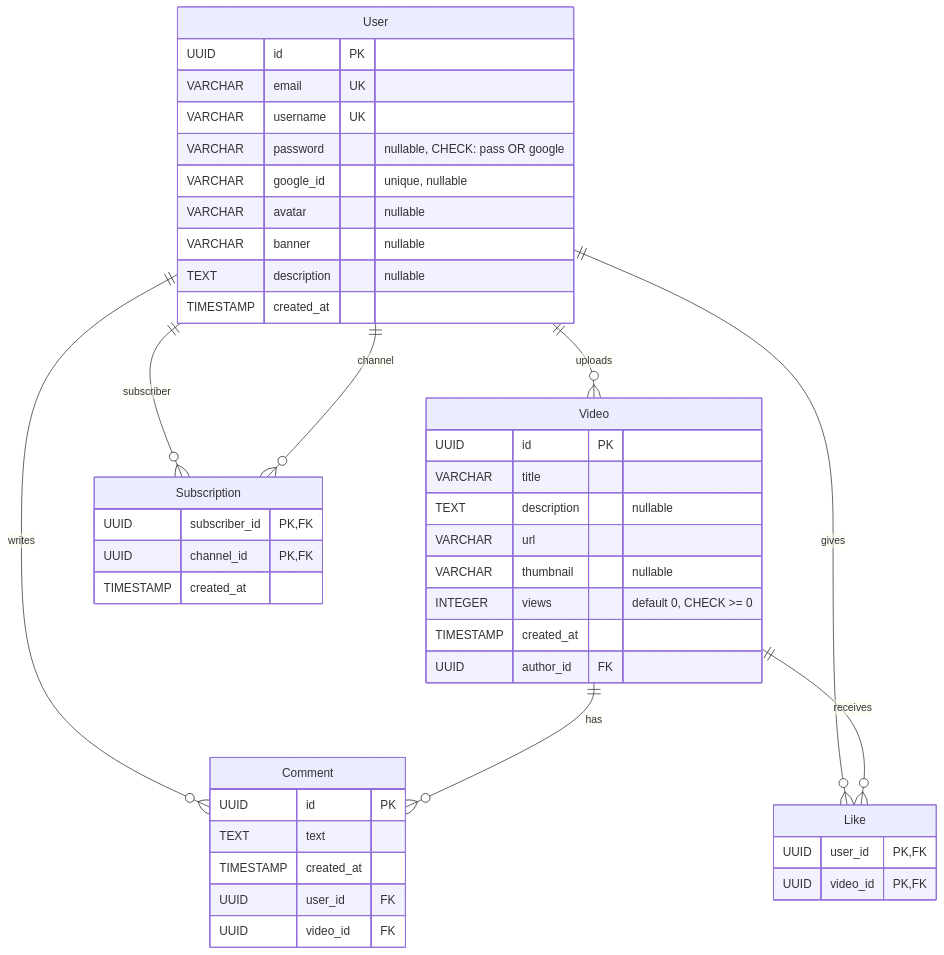
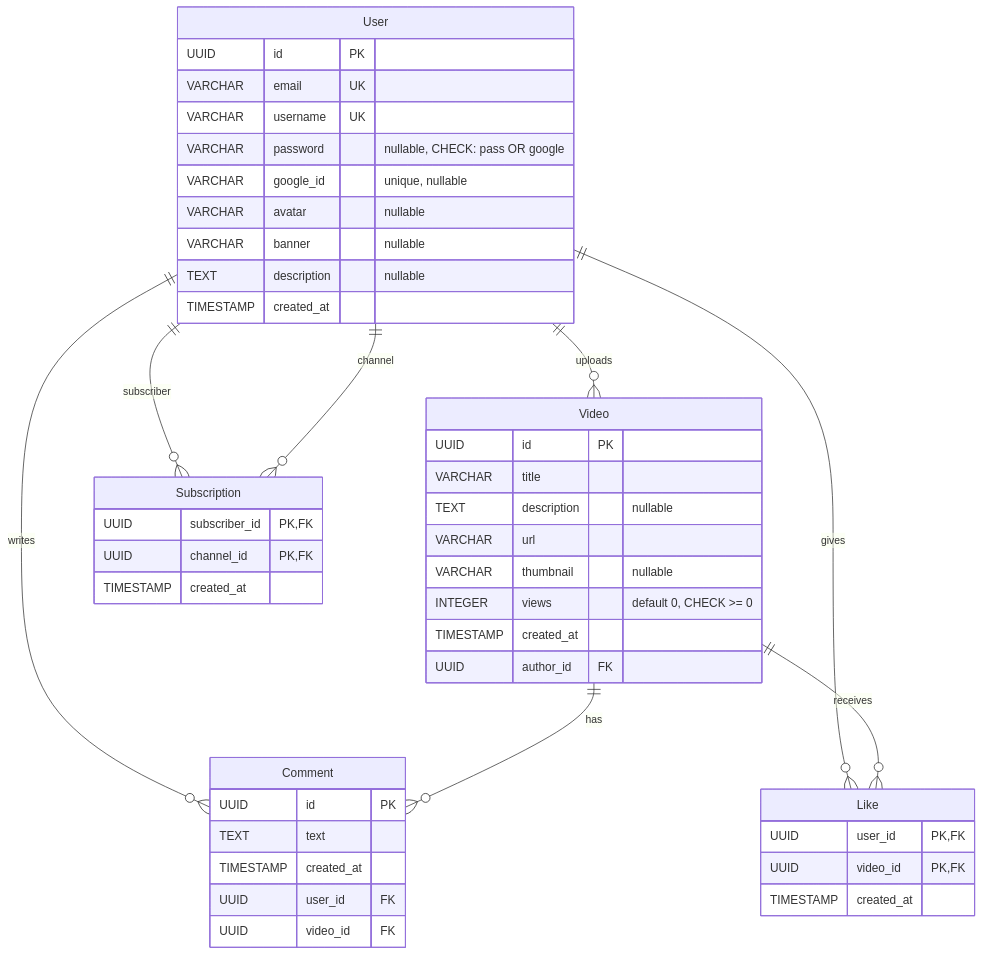
One commit to ezpectus/db-labs changed the diagram in MyWork/Lab_2/er_schema_new.mmd. Above: the diagram before and after it, drawn with Mermaid. The commit also changed 9 other files, not shown here.

```diff
--- a/MyWork/Lab_2/er_schema_new.mmd
+++ b/MyWork/Lab_2/er_schema_new.mmd
@@ -1,50 +1,51 @@
 erDiagram
     User ||--o{ Video : "uploads"
     User ||--o{ Comment : "writes"
     Video ||--o{ Comment : "has"
     User ||--o{ Like : "gives"
     Video ||--o{ Like : "receives"
     User ||--o{ Subscription : "subscriber"
     User ||--o{ Subscription : "channel"
 
     User {
         UUID id PK
         VARCHAR email UK
         VARCHAR username UK
         VARCHAR password "nullable, CHECK: pass OR google"
         VARCHAR google_id "unique, nullable"
         VARCHAR avatar "nullable"
         VARCHAR banner "nullable"
         TEXT description "nullable"
         TIMESTAMP created_at
     }
 
     Video {
         UUID id PK
         VARCHAR title
         TEXT description "nullable"
         VARCHAR url
         VARCHAR thumbnail "nullable"
         INTEGER views "default 0, CHECK >= 0"
         TIMESTAMP created_at
         UUID author_id FK
     }
 
     Comment {
         UUID id PK
         TEXT text
         TIMESTAMP created_at
         UUID user_id FK
         UUID video_id FK
     }
 
     Like {
         UUID user_id PK, FK
         UUID video_id PK, FK
+        TIMESTAMP created_at
     }
 
     Subscription {
         UUID subscriber_id PK, FK
         UUID channel_id PK, FK
         TIMESTAMP created_at
     }
```
